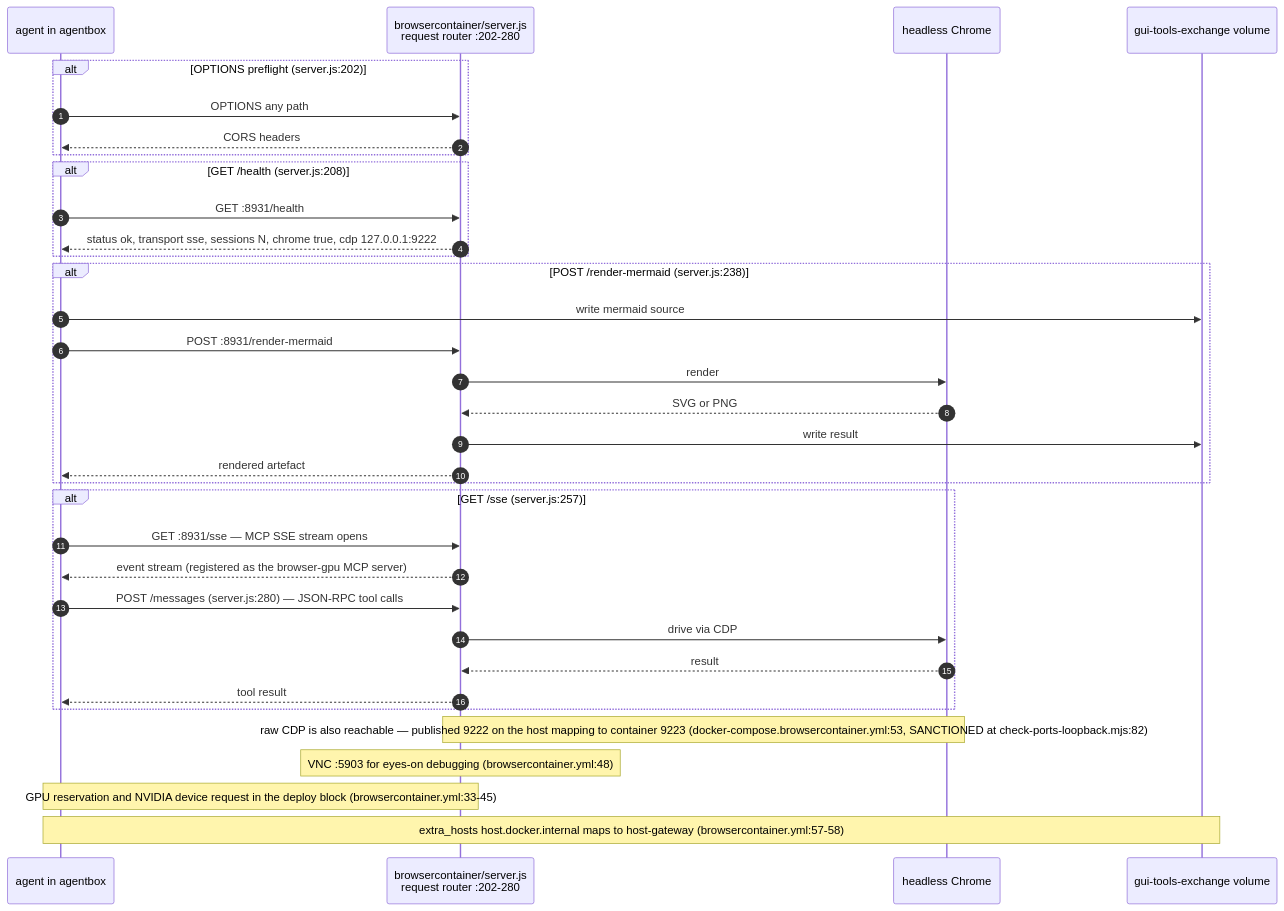
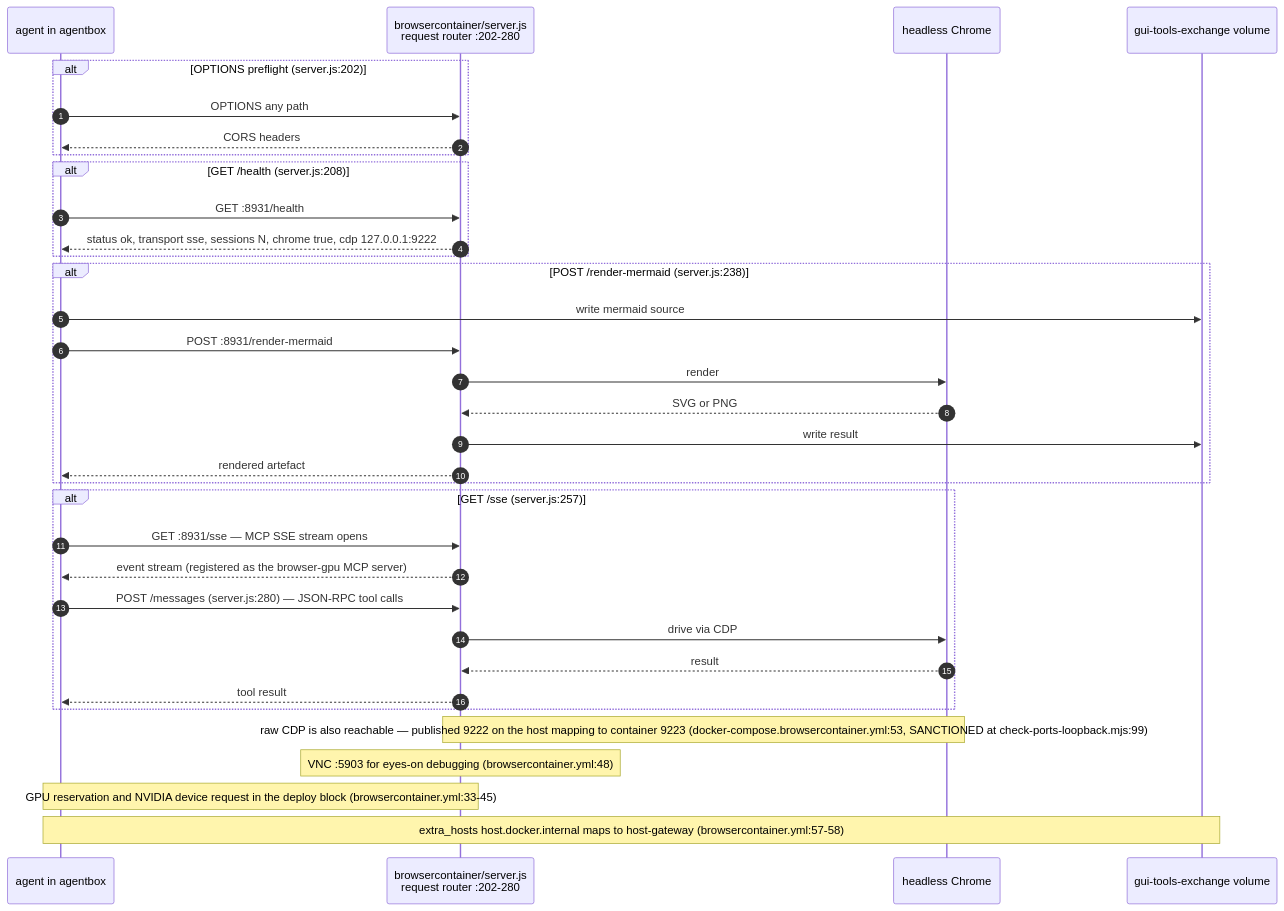
One commit to DreamLab-AI/AR-AI-Knowledge-Graph changed the fourth of 8 diagrams in docs/diagrams/agentbox/06-sidecars-and-compose-overlays.md. Above: the diagram before and after it, drawn with Mermaid. The commit also changed other lines of this file and 73 other files, not shown here.

First line of the commit message:
docs(diagrams): re-verify all 71 topic files against HEAD; add --cite-check

````diff
--- a/docs/diagrams/agentbox/06-sidecars-and-compose-overlays.md
+++ b/docs/diagrams/agentbox/06-sidecars-and-compose-overlays.md
@@ -117,37 +117,37 @@
 ```mermaid
 sequenceDiagram
     autonumber
     participant A as agent in agentbox
     participant S as browsercontainer/server.js<br/>request router :202-280
     participant CH as headless Chrome
     participant V as gui-tools-exchange volume
 
     alt OPTIONS preflight (server.js:202)
         A->>S: OPTIONS any path
         S-->>A: CORS headers
     end
     alt GET /health (server.js:208)
         A->>S: GET :8931/health
         S-->>A: status ok, transport sse, sessions N, chrome true, cdp 127.0.0.1:9222
     end
     alt POST /render-mermaid (server.js:238)
         A->>V: write mermaid source
         A->>S: POST :8931/render-mermaid
         S->>CH: render
         CH-->>S: SVG or PNG
         S->>V: write result
         S-->>A: rendered artefact
     end
     alt GET /sse (server.js:257)
         A->>S: GET :8931/sse — MCP SSE stream opens
         S-->>A: event stream (registered as the browser-gpu MCP server)
         A->>S: POST /messages (server.js:280) — JSON-RPC tool calls
         S->>CH: drive via CDP
         CH-->>S: result
         S-->>A: tool result
     end
-    Note over S,CH: raw CDP is also reachable — published 9222 on the host mapping to container 9223 (docker-compose.browsercontainer.yml:53, SANCTIONED at check-ports-loopback.mjs:82)
+    Note over S,CH: raw CDP is also reachable — published 9222 on the host mapping to container 9223 (docker-compose.browsercontainer.yml:53, SANCTIONED at check-ports-loopback.mjs:99)
     Note over S: VNC :5903 for eyes-on debugging (browsercontainer.yml:48)
     Note over A,S: GPU reservation and NVIDIA device request in the deploy block (browsercontainer.yml:33-45)
     Note over A,V: extra_hosts host.docker.internal maps to host-gateway (browsercontainer.yml:57-58)
 ```
````
